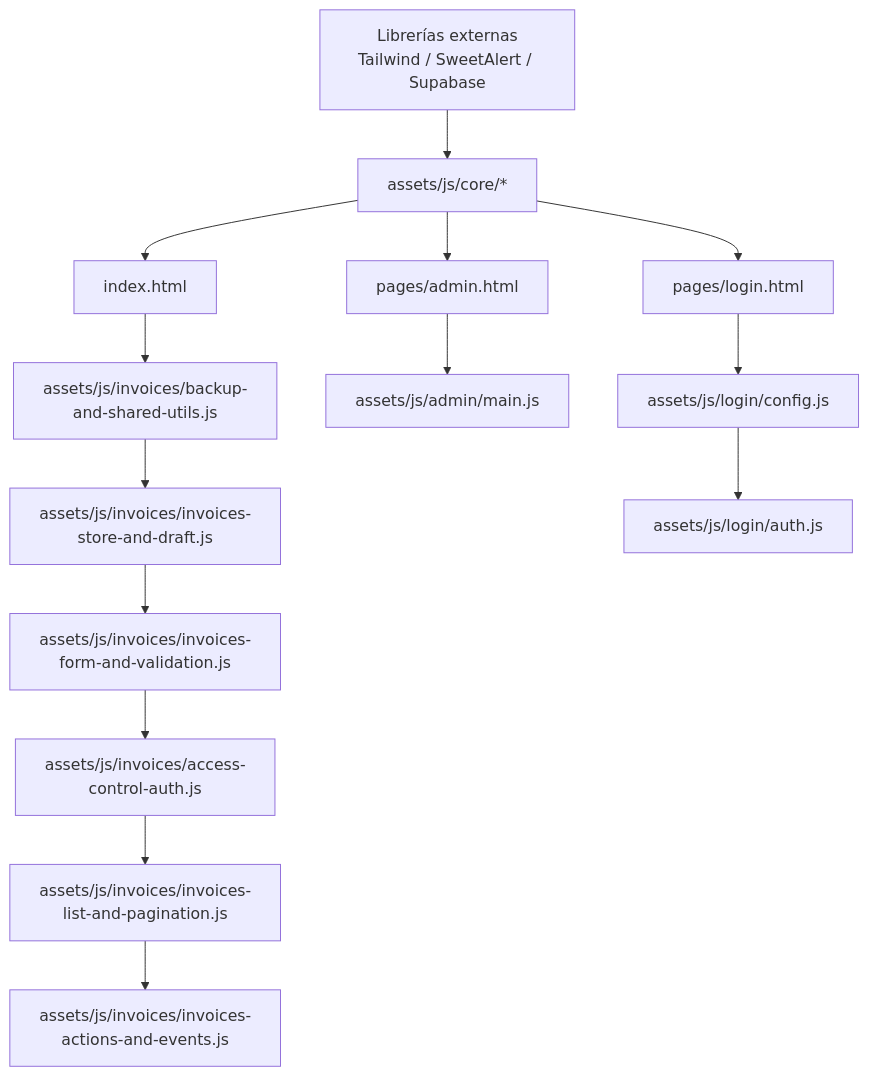
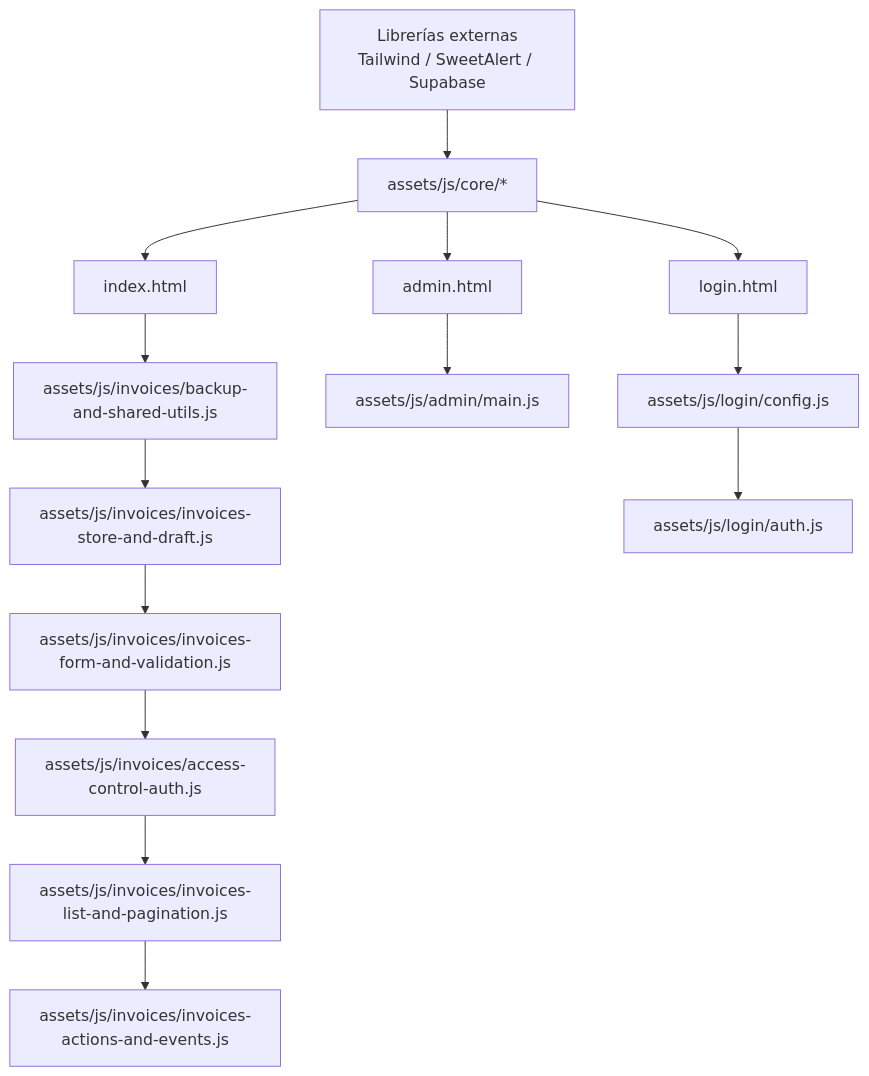
One commit to JSTEx/sistema-facturacion-electronica changed the diagram in README.md. Above: the diagram before and after it, drawn with Mermaid. The commit also changed other lines of this file and 15 other files, not shown here.

First line of the commit message:
refactor(urls): rutas limpias (paginas en raiz, sin /pages ni .html)

````diff
--- a/README.md
+++ b/README.md
@@ -116,19 +119,19 @@
 ```mermaid
 flowchart TD
     A[Librerías externas<br/>Tailwind / SweetAlert / Supabase] --> B[assets/js/core/*]
 
     B --> C[index.html]
     C --> C1[assets/js/invoices/backup-and-shared-utils.js]
     C1 --> C2[assets/js/invoices/invoices-store-and-draft.js]
     C2 --> C3[assets/js/invoices/invoices-form-and-validation.js]
     C3 --> C4[assets/js/invoices/access-control-auth.js]
     C4 --> C5[assets/js/invoices/invoices-list-and-pagination.js]
     C5 --> C6[assets/js/invoices/invoices-actions-and-events.js]
 
-    B --> D[pages/admin.html]
+    B --> D[admin.html]
     D --> D1[assets/js/admin/main.js]
 
-    B --> E[pages/login.html]
+    B --> E[login.html]
     E --> E1[assets/js/login/config.js]
     E1 --> E2[assets/js/login/auth.js]
 ```
````
